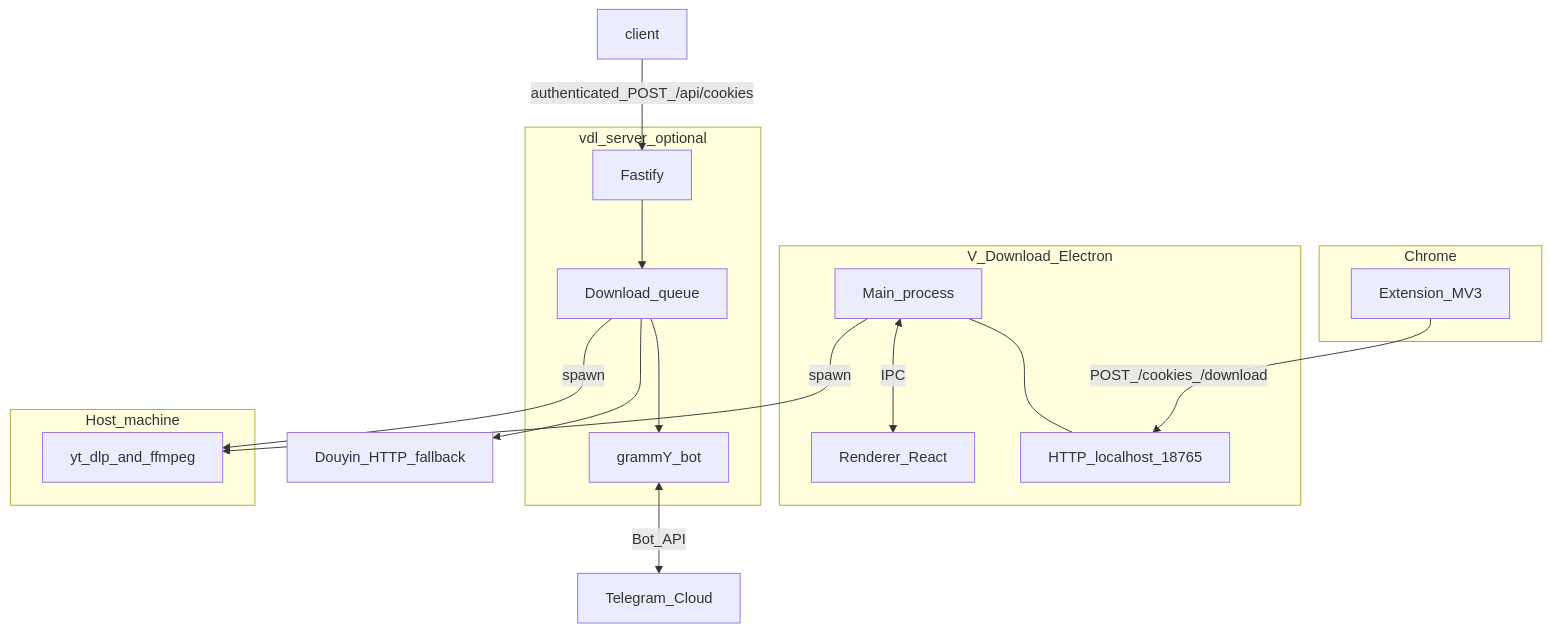
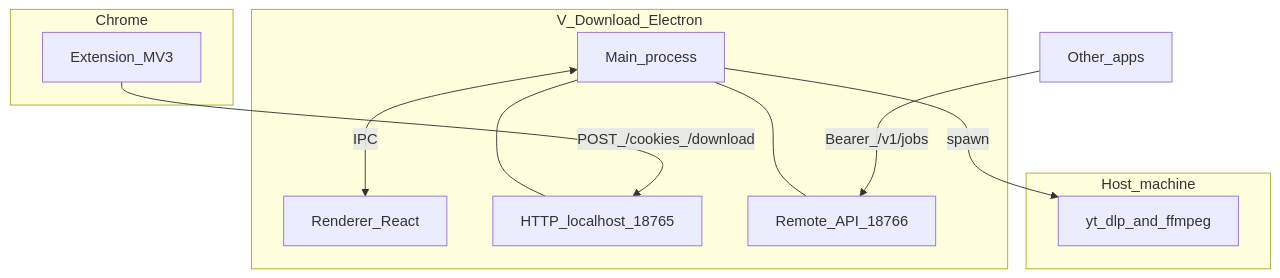
The diagram in README-CN.md (wangm12/v-download), drawn with Mermaid before and after one commit. The commit also changed other lines of this file and 148 other files, not shown here.

````diff
--- a/README-CN.md
+++ b/README-CN.md
@@ -157,30 +157,21 @@
 ```mermaid
 flowchart TB
   subgraph browser [Chrome]
     ext[Extension_MV3]
   end
   subgraph desktop [V_Download_Electron]
     main[Main_process]
     renderer[Renderer_React]
-    http[HTTP_localhost_18765]
+    pair[HTTP_localhost_18765]
+    remote[Remote_API_18766]
     main <-->|IPC| renderer
-    main --- http
-  end
-  subgraph optional [vdl_server_optional]
-    api[Fastify]
-    queue[Download_queue]
-    gram[grammY_bot]
-    api --> queue
-    queue --> gram
+    main --- pair
+    main --- remote
   end
   subgraph external [Host_machine]
     ytdlp[yt_dlp_and_ffmpeg]
   end
-  tg[Telegram_Cloud]
-  ext -->|"POST_/cookies_/download"| http
-  client -->|"authenticated_POST_/api/cookies"| api
+  ext -->|"POST_/cookies_/download"| pair
+  others[Other_apps] -->|"Bearer_/v1/jobs"| remote
   main -->|spawn| ytdlp
-  queue -->|spawn| ytdlp
-  queue --> douyin[Douyin_HTTP_fallback]
-  gram <-->|Bot_API| tg
 ```
````
